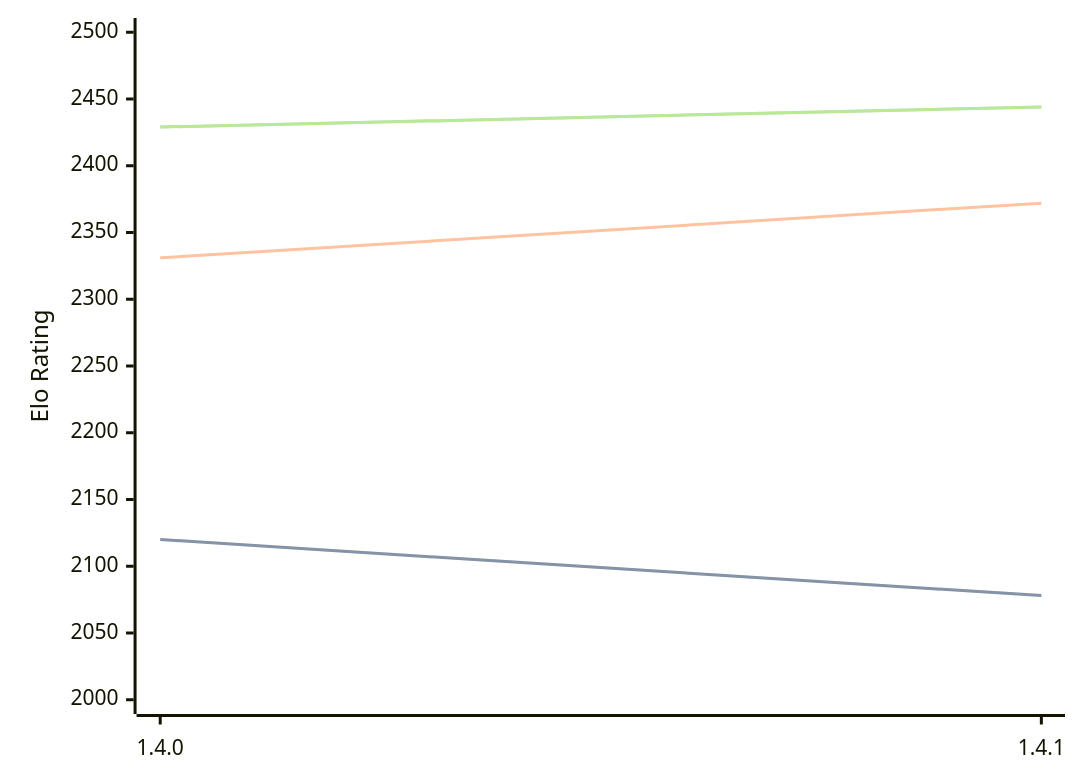
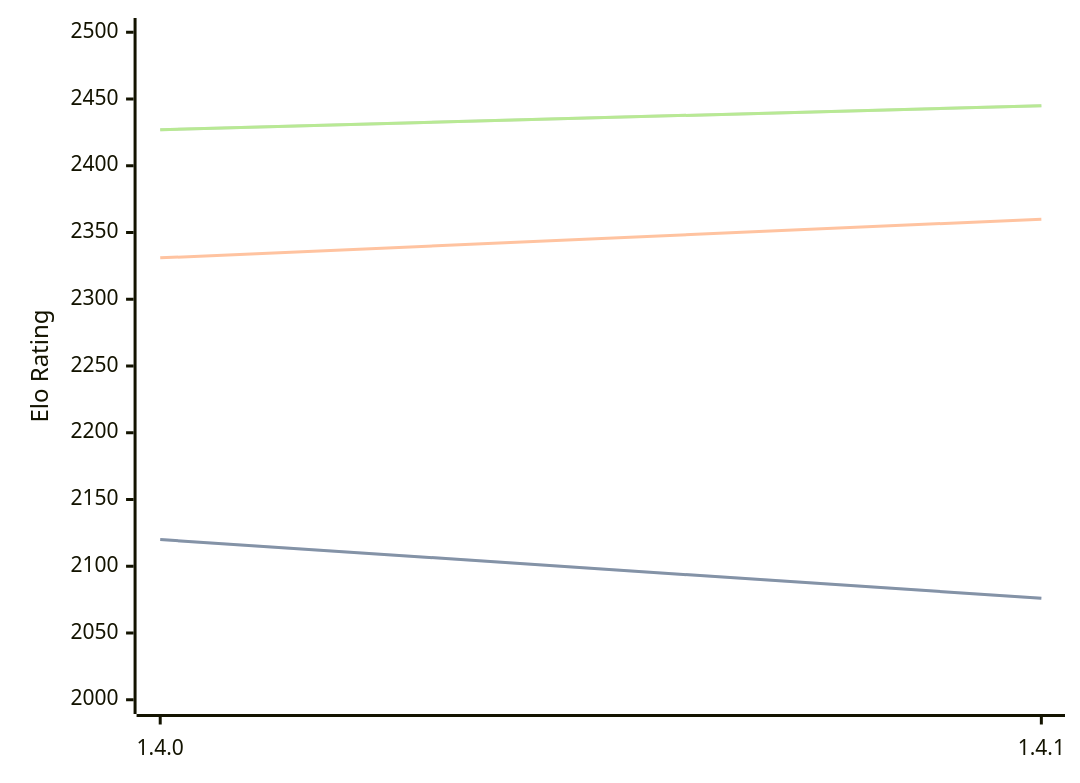
One commit to computer-chess-index/cci changed the diagram in engines/Tofiks.md. Above: the diagram before and after it, drawn with Mermaid. The commit also changed other lines of this file, not shown here.

Commit message:
Update CCI Ratings (ELO VLTC) - 2026-04-20

````diff
--- a/engines/Tofiks.md
+++ b/engines/Tofiks.md
@@ -36,11 +36,11 @@
 ```mermaid
 %%{init: {"theme":"base","themeVariables":{"seriesColors:['#a3a3a3','#222221','#faa371']}}}%%
 xychart-beta
   x-axis ["1.4.0", "1.4.1"]
   y-axis "Elo Rating" 2000 --> 2500
-  line "STC (8.0+0.08s)" [2120, 2078]
-  line "STC (8.0+0.08s)" [2120, 2078]
-  line "LTC (60.0+0.60s)" [2331, 2372]
-  line "VLTC (2m24s+1.12s)" [2429, 2444]
-  line "VLTC (2m24s+1.12s)" [2429, 2444]
+  line "STC (8.0+0.08s)" [2120, 2076]
+  line "STC (8.0+0.08s)" [2120, 2076]
+  line "LTC (60.0+0.60s)" [2331, 2360]
+  line "VLTC (2m24s+1.12s)" [2427, 2445]
+  line "VLTC (2m24s+1.12s)" [2427, 2445]
 ```
````
